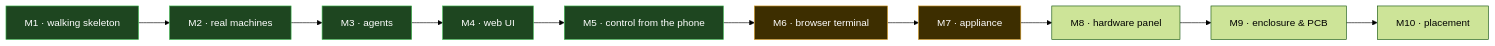
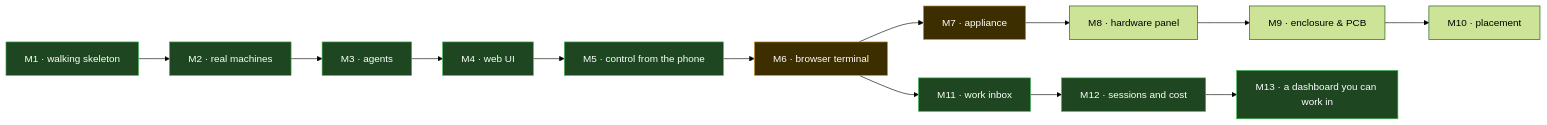
The sixth of 7 diagrams in docs/architecture.md (2002Bishwajeet/yantra), drawn with Mermaid (forest theme) before and after one commit. The commit also changed other lines of this file and 6 other files, not shown here.

````diff
--- a/docs/architecture.md
+++ b/docs/architecture.md
@@ -224,9 +228,11 @@
 ```mermaid
 flowchart LR
     M1["M1 · walking skeleton"] --> M2["M2 · real machines"] --> M3["M3 · agents"] --> M4["M4 · web UI"] --> M5["M5 · control from the phone"] --> M6["M6 · browser terminal"] --> M7["M7 · appliance"] --> M8["M8 · hardware panel"] --> M9["M9 · enclosure & PCB"] --> M10["M10 · placement"]
 
+    M6 --> M11["M11 · work inbox"] --> M12["M12 · sessions and cost"] --> M13["M13 · a dashboard you can work in"]
+
     classDef done fill:#1e4620,stroke:#3fb950,color:#fff
     classDef doing fill:#3d2e00,stroke:#d29922,color:#fff
-    class M1,M2,M3,M4,M5 done
+    class M1,M2,M3,M4,M5,M11,M12,M13 done
     class M6,M7 doing
 ```
````
